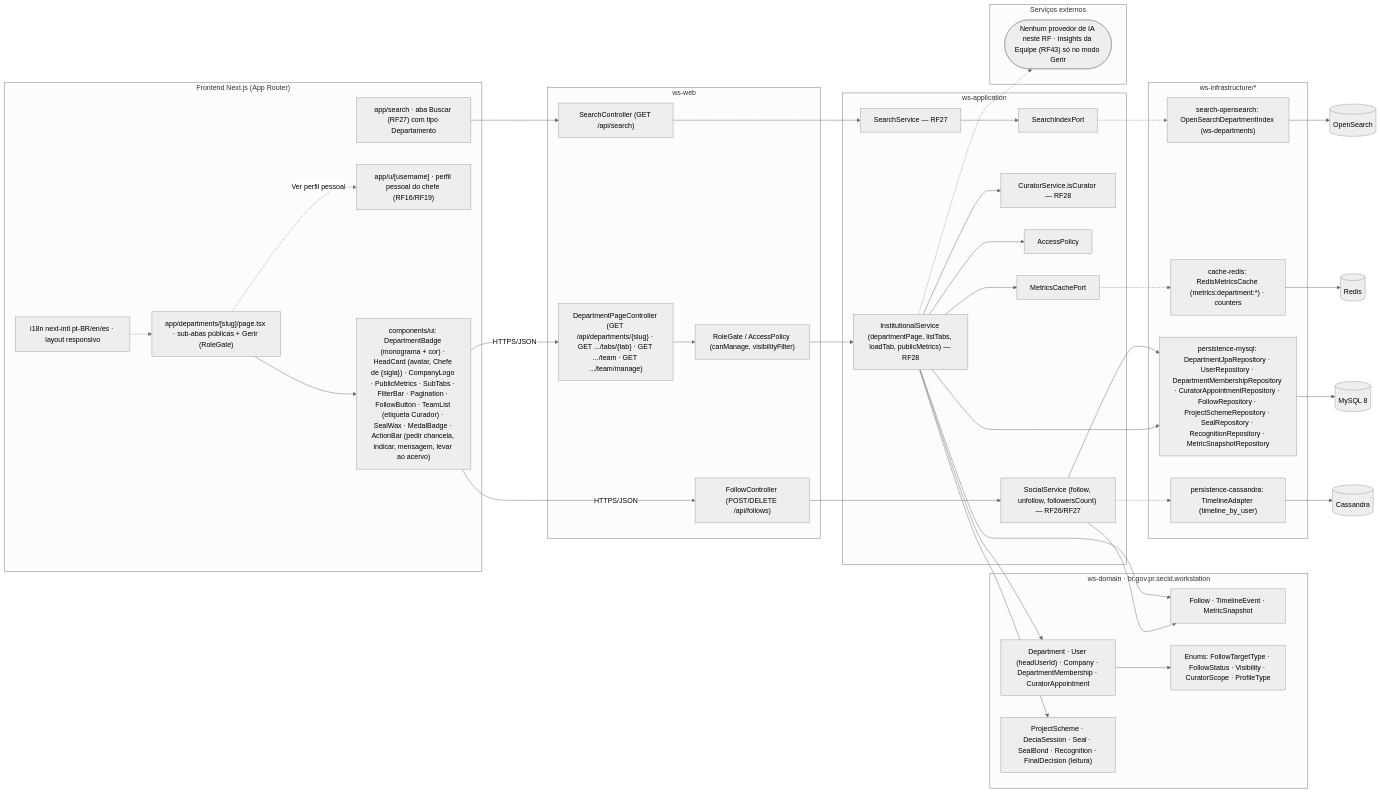
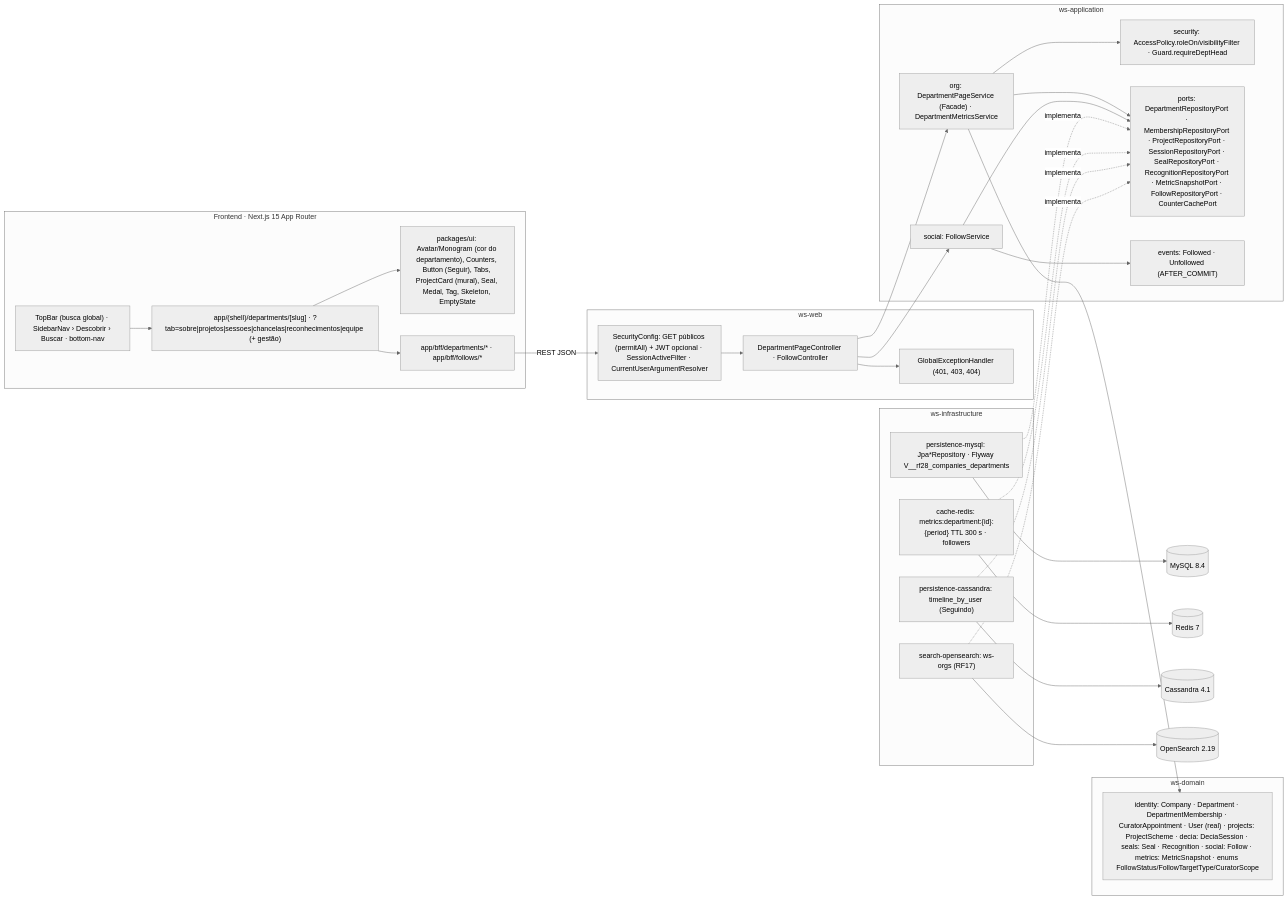
The fifth of 5 diagrams in docs/diagramas/RF14/README.md (MatheusHaliski/Decia-app-2026), drawn with Mermaid (neutral theme) before and after one commit. The commit also changed other lines of this file and 4 other files, not shown here.

First line of the commit message:
docs(diagramas): reescreve RF11–RF15 (estúdio do card, editar esquema, gerar artefato, página do departamento, página da empresa)

````diff
--- a/docs/diagramas/RF14/README.md
+++ b/docs/diagramas/RF14/README.md
@@ -458,77 +424,50 @@
 ```mermaid
 flowchart LR
-  subgraph FE["Frontend Next.js (App Router)"]
-    F1["app/departments/[slug]/page.tsx · sub-abas públicas + Gerir (RoleGate)"]
-    F2["app/search · aba Buscar (RF27) com tipo Departamento"]
-    F3["app/u/[username] · perfil pessoal do chefe (RF16/RF19)"]
-    F4["components/ui: DepartmentBadge (monograma + cor) · HeadCard (avatar, Chefe de {sigla}) · CompanyLogo · PublicMetrics · SubTabs · FilterBar · Pagination · FollowButton · TeamList (etiqueta Curador) · SealWax · MedalBadge · ActionBar (pedir chancela, indicar, mensagem, levar ao acervo)"]
-    F5["i18n next-intl pt-BR/en/es · layout responsivo"]
+  subgraph FE["Frontend · Next.js 15 App Router"]
+    PG["app/(shell)/departments/[slug] · ?tab=sobre|projetos|sessoes|chancelas|reconhecimentos|equipe (+ gestão)"]
+    UI["packages/ui: Avatar/Monogram (cor do departamento), Counters, Button (Seguir), Tabs, ProjectCard (mural), Seal, Medal, Tag, Skeleton, EmptyState"]
+    SN["TopBar (busca global) · SidebarNav › Descobrir › Buscar · bottom-nav"]
+    BFF["app/bff/departments/* · app/bff/follows/*"]
+    PG --> UI
+    PG --> BFF
+    SN --> PG
+  end
+  subgraph WSWEB["ws-web"]
+    SEC["SecurityConfig: GET públicos (permitAll) + JWT opcional · SessionActiveFilter · CurrentUserArgumentResolver"]
+    DC["DepartmentPageController · FollowController"]
+    GEH["GlobalExceptionHandler (401, 403, 404)"]
+  end
+  subgraph WSAPP["ws-application"]
+    DP["org: DepartmentPageService (Facade) · DepartmentMetricsService"]
+    SOC["social: FollowService"]
+    SECU["security: AccessPolicy.roleOn/visibilityFilter · Guard.requireDeptHead"]
+    PORTS["ports: DepartmentRepositoryPort · MembershipRepositoryPort · ProjectRepositoryPort · SessionRepositoryPort · SealRepositoryPort · RecognitionRepositoryPort · MetricSnapshotPort · FollowRepositoryPort · CounterCachePort"]
+    EVT["events: Followed · Unfollowed (AFTER_COMMIT)"]
+    DP --> SECU
+    DP --> PORTS
+    SOC --> PORTS
+    SOC --> EVT
+  end
+  subgraph WSDOM["ws-domain"]
+    DOM["identity: Company · Department · DepartmentMembership · CuratorAppointment · User (real) · projects: ProjectScheme · decia: DeciaSession · seals: Seal · Recognition · social: Follow · metrics: MetricSnapshot · enums FollowStatus/FollowTargetType/CuratorScope"]
+  end
+  subgraph INFRA["ws-infrastructure"]
+    MY["persistence-mysql: Jpa*Repository · Flyway V__rf28_companies_departments"]
+    RDS["cache-redis: metrics:department:{id}:{period} TTL 300 s · followers"]
+    CAS["persistence-cassandra: timeline_by_user (Seguindo)"]
+    OSE["search-opensearch: ws-orgs (RF17)"]
   end
 
-  subgraph WEB["ws-web"]
-    C1["DepartmentPageController (GET /api/departments/{slug} · GET .../tabs/{tab} · GET .../team · GET .../team/manage)"]
-    C2["FollowController (POST/DELETE /api/follows)"]
-    C3["SearchController (GET /api/search)"]
-    C4["RoleGate / AccessPolicy (canManage, visibilityFilter)"]
-  end
-
-  subgraph APP["ws-application"]
-    S1["InstitutionalService (departmentPage, listTabs, loadTab, publicMetrics) — RF28"]
-    S2["SocialService (follow, unfollow, followersCount) — RF26/RF27"]
-    S3["CuratorService.isCurator — RF28"]
-    S4["SearchService — RF27"]
-    S5["AccessPolicy"]
-    P1["MetricsCachePort"]
-    P2["SearchIndexPort"]
-  end
-
-  subgraph DOM["ws-domain · br.gov.pr.secid.workstation"]
-    D1["Department · User (headUserId) · Company · DepartmentMembership · CuratorAppointment"]
-    D2["Follow · TimelineEvent · MetricSnapshot"]
-    D3["ProjectScheme · DeciaSession · Seal · SealBond · Recognition · FinalDecision (leitura)"]
-    D4["Enums: FollowTargetType · FollowStatus · Visibility · CuratorScope · ProfileType"]
-  end
-
-  subgraph INFRA["ws-infrastructure/*"]
-    I1["persistence-mysql: DepartmentJpaRepository · UserRepository · DepartmentMembershipRepository · CuratorAppointmentRepository · FollowRepository · ProjectSchemeRepository · SealRepository · RecognitionRepository · MetricSnapshotRepository"]
-    I2["cache-redis: RedisMetricsCache (metrics:department:*) · counters"]
-    I3["search-opensearch: OpenSearchDepartmentIndex (ws-departments)"]
-    I4["persistence-cassandra: TimelineAdapter (timeline_by_user)"]
-  end
-
-  subgraph EXT["Serviços externos"]
-    X1(["Nenhum provedor de IA neste RF · Insights da Equipe (RF43) só no modo Gerir"])
-  end
-
-  MY[("MySQL 8")]
-  RD[("Redis")]
-  OS[("OpenSearch")]
-  CA[("Cassandra")]
-
-  F2 --> C3
-  F1 --> F4
-  F5 -.-> F1
-  F4 -->|"HTTPS/JSON"| C1 --> C4 --> S1
-  F4 -->|"HTTPS/JSON"| C2 --> S2
-  C3 --> S4
-  F1 -. "Ver perfil pessoal" .-> F3
-  S1 --> S5
-  S1 --> S3
-  S1 --> P1
-  S4 --> P2
-  S1 --> D1
-  S1 --> D3
-  S2 --> D2
-  S1 --> D2
-  D1 --> D4
-  S1 --> I1
-  S2 --> I1
-  S2 -.-> I4
-  P1 -.-> I2
-  P2 -.-> I3
-  I1 --> MY
-  I2 --> RD
-  I3 --> OS
-  I4 --> CA
-  S1 -.-> X1
+  BFF -->|"REST JSON"| SEC --> DC --> DP
+  DC --> SOC
+  DC --> GEH
+  MY -.implementa.-> PORTS
+  RDS -.implementa.-> PORTS
+  CAS -.implementa.-> PORTS
+  OSE -.implementa.-> PORTS
+  DP --> DOM
+  MY --> DB[("MySQL 8.4")]
+  RDS --> RD[("Redis 7")]
+  CAS --> CDB[("Cassandra 4.1")]
+  OSE --> OSX[("OpenSearch 2.19")]
 ```
````
